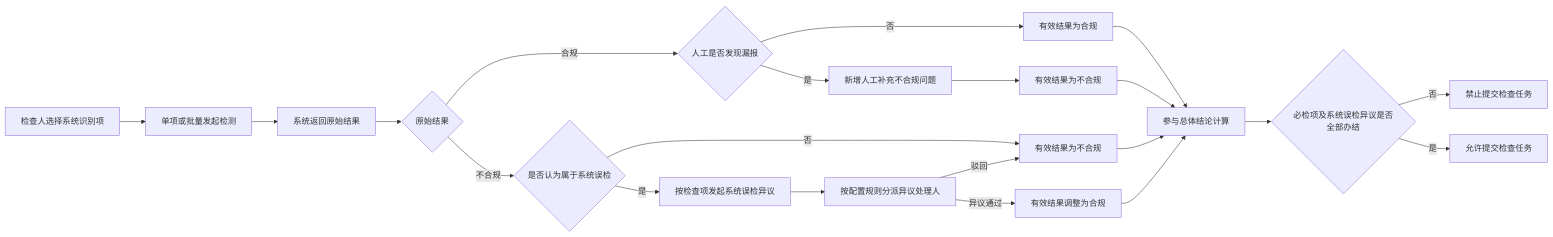
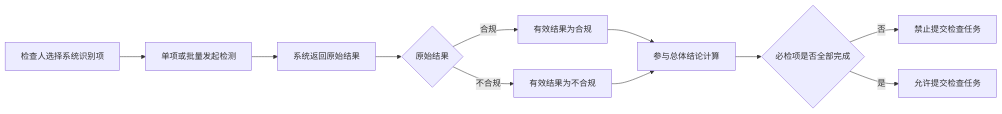
Diagram 11 of 16 in axureMake/docs/四局一单一检/prd.md (LRainD/LRainD.github.io), drawn with Mermaid before and after one commit. The commit also changed other lines of this file and 25 other files, not shown here.

````diff
--- a/axureMake/docs/四局一单一检/prd.md
+++ b/axureMake/docs/四局一单一检/prd.md
@@ -673,26 +640,15 @@
 ```mermaid
 flowchart LR
     A[检查人选择系统识别项] --> B[单项或批量发起检测]
     B --> C[系统返回原始结果]
     C --> D{原始结果}
 
-    D -->|合规| E{人工是否发现漏报}
-    E -->|否| F[有效结果为合规]
-    E -->|是| G[新增人工补充不合规问题]
-    G --> H[有效结果为不合规]
-
-    D -->|不合规| I{是否认为属于系统误检}
-    I -->|否| J[有效结果为不合规]
-    I -->|是| K[按检查项发起系统误检异议]
-    K --> L[按配置规则分派异议处理人]
-    L -->|异议通过| M[有效结果调整为合规]
-    L -->|驳回| J
+    D -->|合规| F[有效结果为合规]
+    D -->|不合规| J[有效结果为不合规]
 
     F --> N[参与总体结论计算]
-    H --> N
     J --> N
-    M --> N
-    N --> O{必检项及系统误检异议是否全部办结}
+    N --> O{必检项是否全部完成}
     O -->|否| P[禁止提交检查任务]
     O -->|是| Q[允许提交检查任务]
 ```
````
